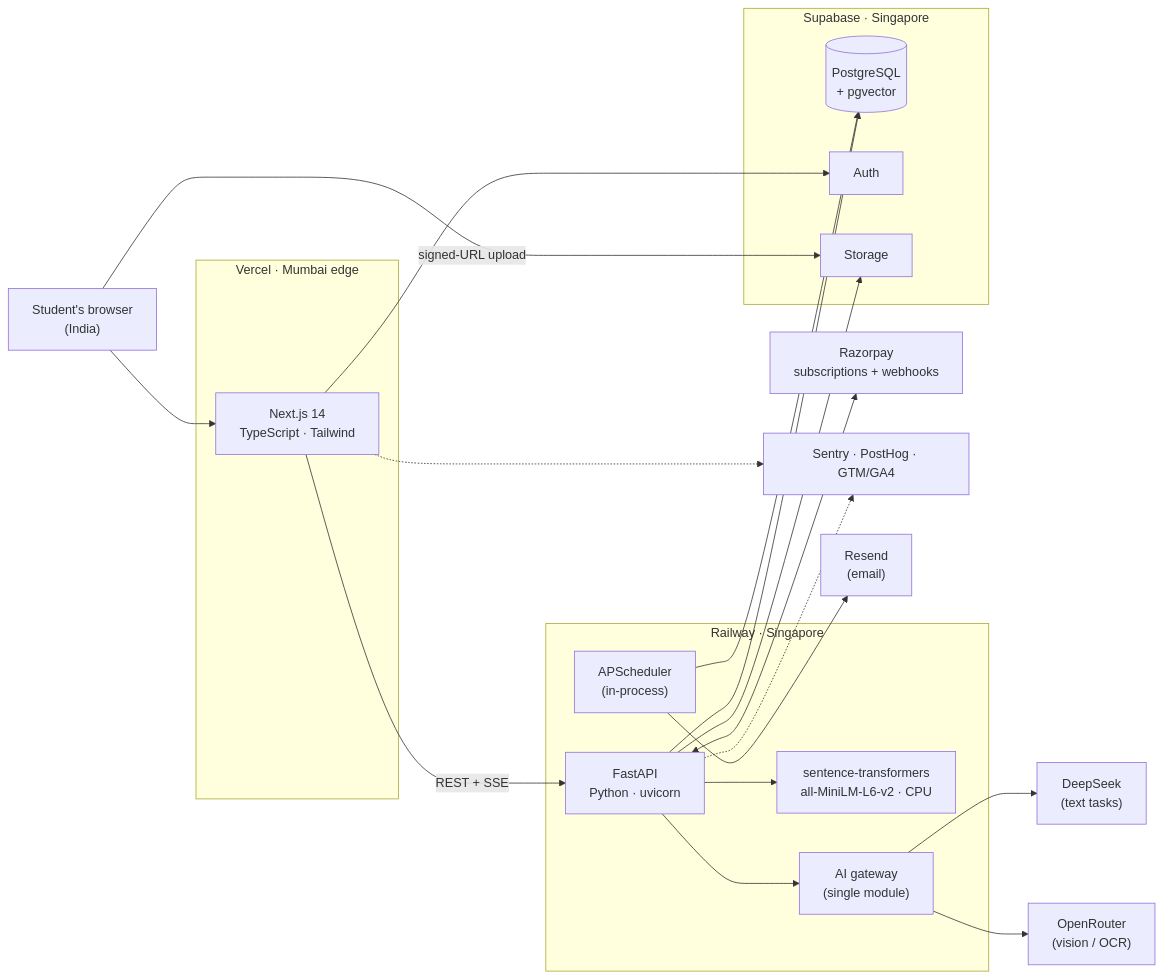
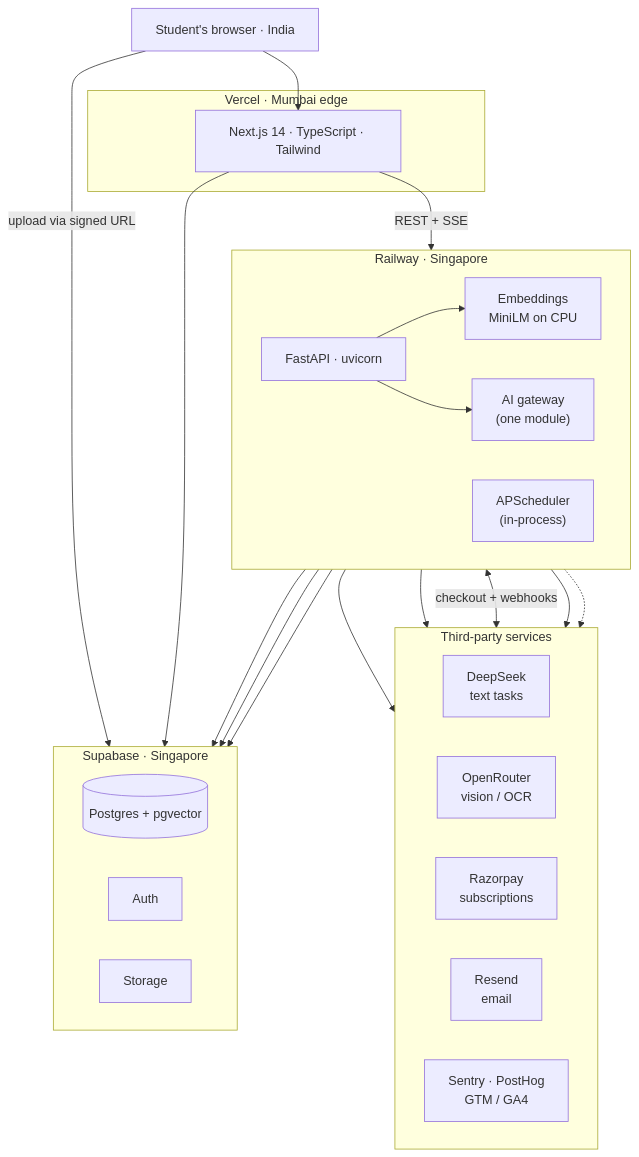
The diagram in README.md (DevamChaturvedi/prepparity-engineering), drawn with Mermaid before and after one commit.

Commit message:
Make the architecture diagram readable in GitHub's column (top-down tiers)

````diff
--- a/README.md
+++ b/README.md
@@ -47,43 +47,47 @@
 ```mermaid
-flowchart LR
-    U["Student's browser<br/>(India)"]
+flowchart TB
+    U["Student's browser · India"]
 
-    subgraph Vercel["Vercel · Mumbai edge"]
-        FE["Next.js 14<br/>TypeScript · Tailwind"]
+    subgraph V["Vercel · Mumbai edge"]
+        FE["Next.js 14 · TypeScript · Tailwind"]
     end
 
-    subgraph Railway["Railway · Singapore"]
-        API["FastAPI<br/>Python · uvicorn"]
+    subgraph R["Railway · Singapore"]
+        direction LR
+        API["FastAPI · uvicorn"]
+        GW["AI gateway<br/>(one module)"]
+        EMB["Embeddings<br/>MiniLM on CPU"]
         SCH["APScheduler<br/>(in-process)"]
-        EMB["sentence-transformers<br/>all-MiniLM-L6-v2 · CPU"]
-        GW["AI gateway<br/>(single module)"]
     end
 
-    subgraph Supabase["Supabase · Singapore"]
-        PG[("PostgreSQL<br/>+ pgvector")]
+    subgraph S["Supabase · Singapore"]
+        direction LR
+        PG[("Postgres + pgvector")]
         AUTH["Auth"]
         ST["Storage"]
     end
 
-    LLM["DeepSeek<br/>(text tasks)"]
-    VIS["OpenRouter<br/>(vision / OCR)"]
-    PAY["Razorpay<br/>subscriptions + webhooks"]
-    OBS["Sentry · PostHog · GTM/GA4"]
-    MAIL["Resend<br/>(email)"]
+    subgraph X["Third-party services"]
+        direction LR
+        LLM["DeepSeek<br/>text tasks"]
+        VIS["OpenRouter<br/>vision / OCR"]
+        PAY["Razorpay<br/>subscriptions"]
+        MAIL["Resend<br/>email"]
+        OBS["Sentry · PostHog<br/>GTM / GA4"]
+    end
 
     U --> FE
-    U -- "signed-URL upload" --> ST
+    U -- "upload via signed URL" --> ST
     FE -- "REST + SSE" --> API
     FE --> AUTH
+    API --> EMB
+    API --> GW
     API --> PG
     API --> ST
-    API --> EMB
-    API --> GW
+    SCH --> PG
     GW --> LLM
     GW --> VIS
-    API <--> PAY
-    SCH --> PG
+    API <-- "checkout + webhooks" --> PAY
     SCH --> MAIL
-    FE -.-> OBS
     API -.-> OBS
 ```
````
